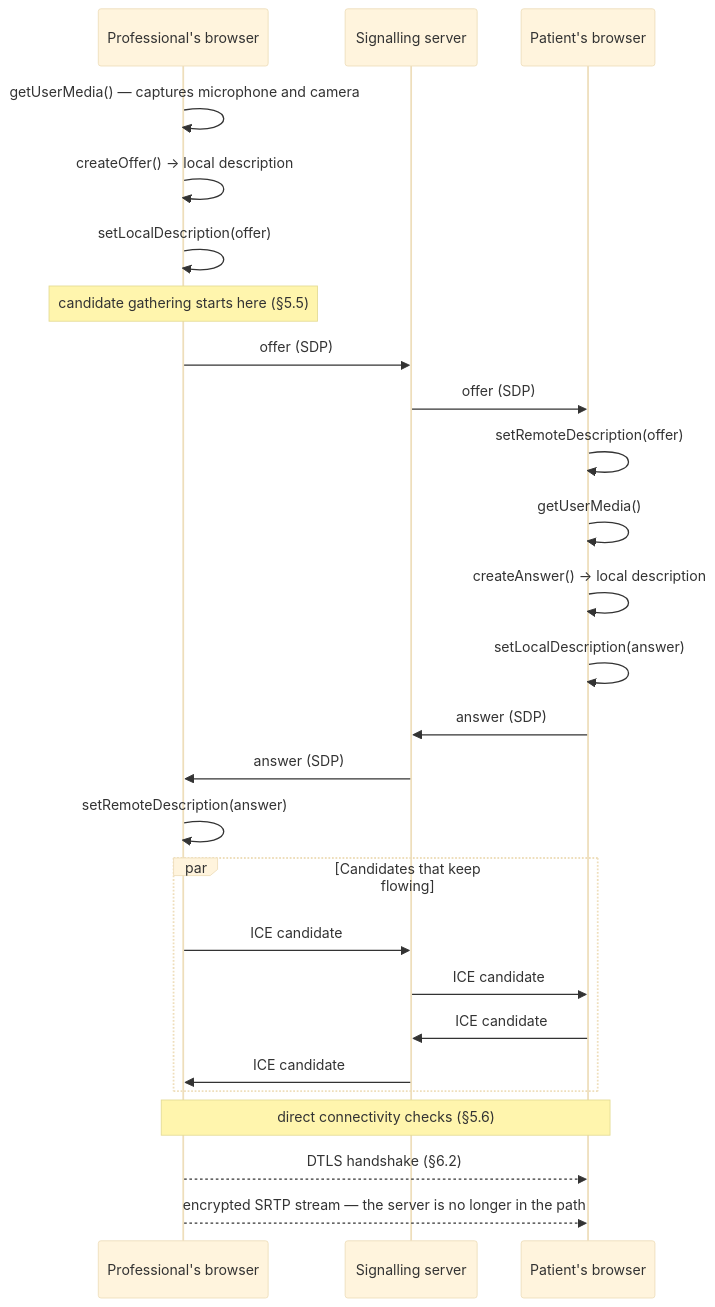
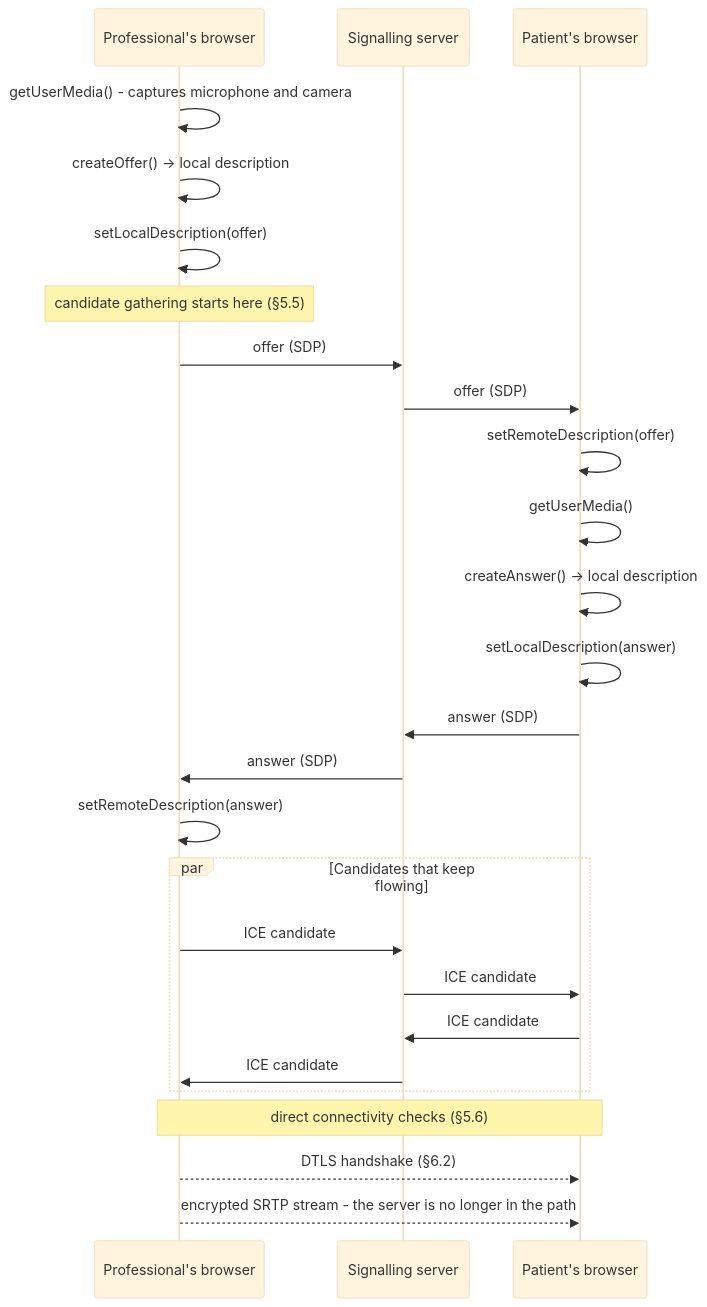
One commit to fedcal/Telemedic changed the first of 5 diagrams in website/i18n/en/docusaurus-plugin-content-docs/current/10_fondamenti/08-webrtc-da-zero.md. Above: the diagram before and after it, drawn with Mermaid (base theme). The commit also changed other lines of this file and 301 other files, not shown here.

````diff
--- a/website/i18n/en/docusaurus-plugin-content-docs/current/10_fondamenti/08-webrtc-da-zero.md
+++ b/website/i18n/en/docusaurus-plugin-content-docs/current/10_fondamenti/08-webrtc-da-zero.md
@@ -529,31 +529,31 @@
 ```mermaid
 sequenceDiagram
     participant P as Professional's browser
     participant S as Signalling server
     participant A as Patient's browser
 
-    P->>P: getUserMedia() — captures microphone and camera
+    P->>P: getUserMedia() - captures microphone and camera
     P->>P: createOffer() → local description
     P->>P: setLocalDescription(offer)
     Note over P: candidate gathering starts here (§5.5)
     P->>S: offer (SDP)
     S->>A: offer (SDP)
     A->>A: setRemoteDescription(offer)
     A->>A: getUserMedia()
     A->>A: createAnswer() → local description
     A->>A: setLocalDescription(answer)
     A->>S: answer (SDP)
     S->>P: answer (SDP)
     P->>P: setRemoteDescription(answer)
 
     par Candidates that keep flowing
         P->>S: ICE candidate
         S->>A: ICE candidate
         A->>S: ICE candidate
         S->>P: ICE candidate
     end
 
     Note over P,A: direct connectivity checks (§5.6)
     P-->>A: DTLS handshake (§6.2)
-    P-->>A: encrypted SRTP stream — the server is no longer in the path
+    P-->>A: encrypted SRTP stream - the server is no longer in the path
 ```
````
